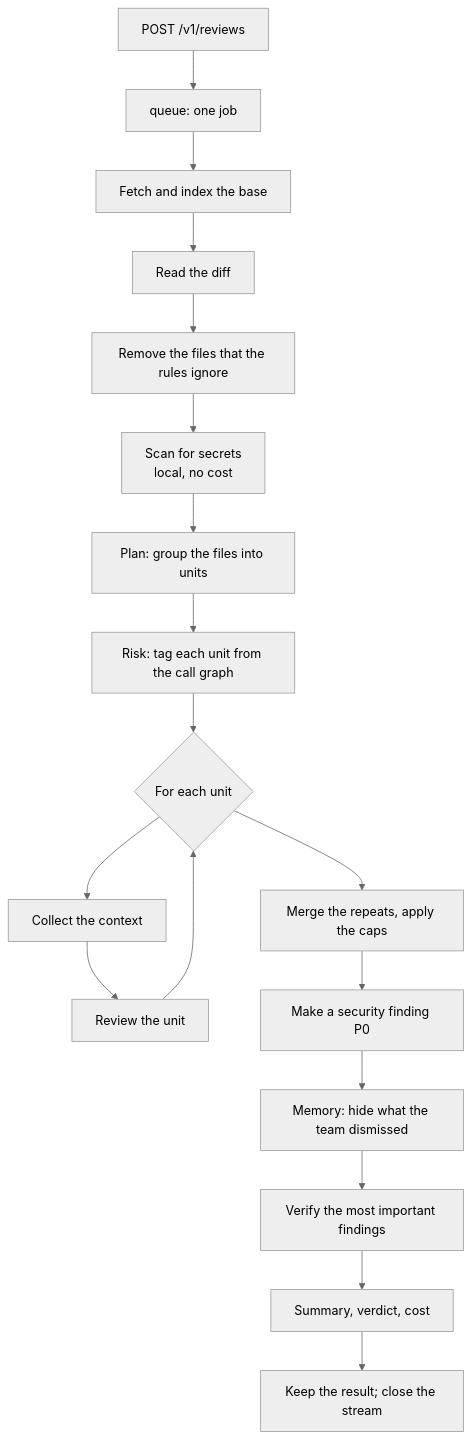
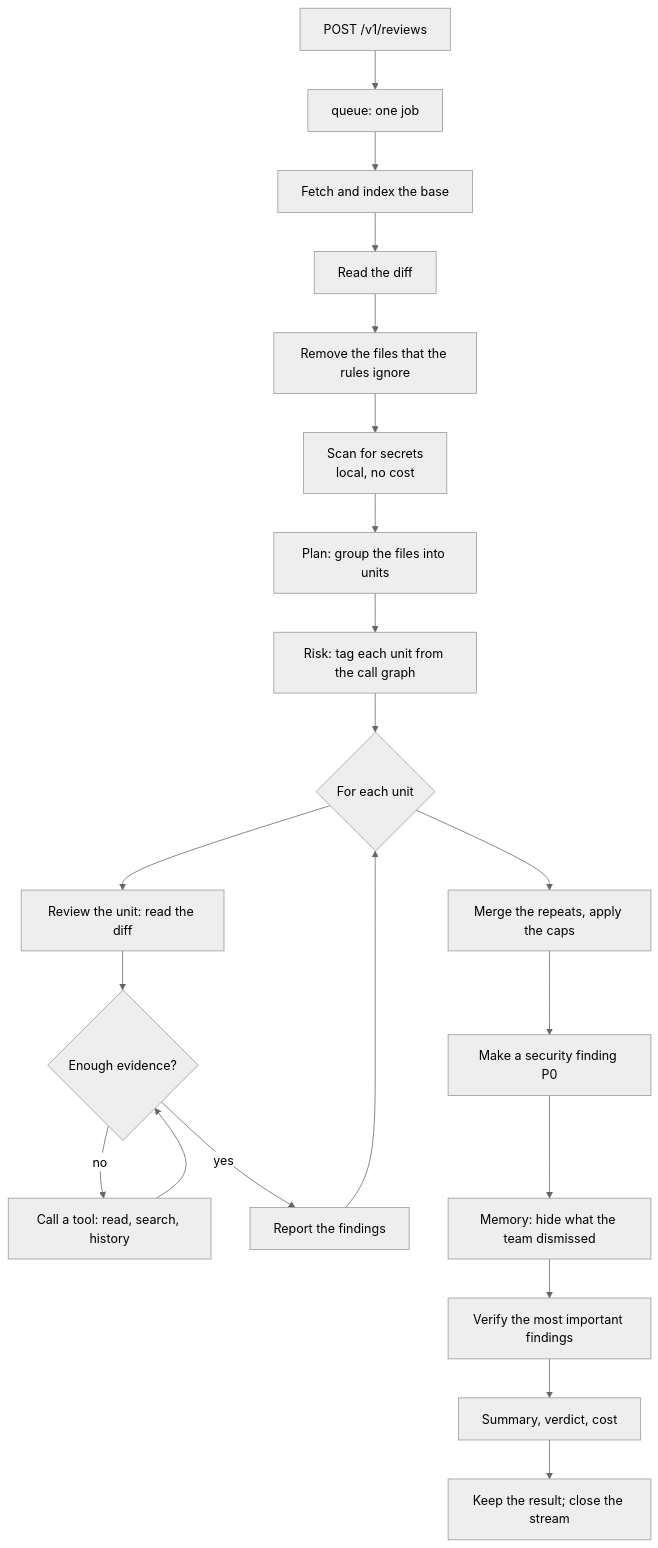
The second of 6 diagrams in docs/architecture.md (tanmoysrt/beagle), drawn with Mermaid (neutral theme) before and after one commit. The commit also changed other lines of this file and 21 other files, not shown here.

First line of the commit message:
feat(review): the reviewer investigates with tools instead of being handed context

````diff
--- a/docs/architecture.md
+++ b/docs/architecture.md
@@ -151,20 +153,23 @@
 ```mermaid
 flowchart TD
     A[POST /v1/reviews] --> B[queue: one job]
     B --> C[Fetch and index the base]
     C --> D[Read the diff]
     D --> E[Remove the files that the rules ignore]
     E --> F[Scan for secrets<br/>local, no cost]
     F --> G[Plan: group the files into units]
     G --> H[Risk: tag each unit from the call graph]
     H --> I{For each unit}
-    I --> J[Collect the context]
-    J --> K[Review the unit]
-    K --> I
-    I --> L[Merge the repeats, apply the caps]
-    L --> M[Make a security finding P0]
-    M --> N[Memory: hide what the team dismissed]
-    N --> O[Verify the most important findings]
-    O --> P[Summary, verdict, cost]
-    P --> Q[Keep the result; close the stream]
+    I --> J[Review the unit: read the diff]
+    J --> K{Enough evidence?}
+    K -- no --> L[Call a tool: read, search, history]
+    L --> K
+    K -- yes --> M[Report the findings]
+    M --> I
+    I --> N[Merge the repeats, apply the caps]
+    N --> O[Make a security finding P0]
+    O --> P[Memory: hide what the team dismissed]
+    P --> Q[Verify the most important findings]
+    Q --> R[Summary, verdict, cost]
+    R --> S[Keep the result; close the stream]
 ```
````
